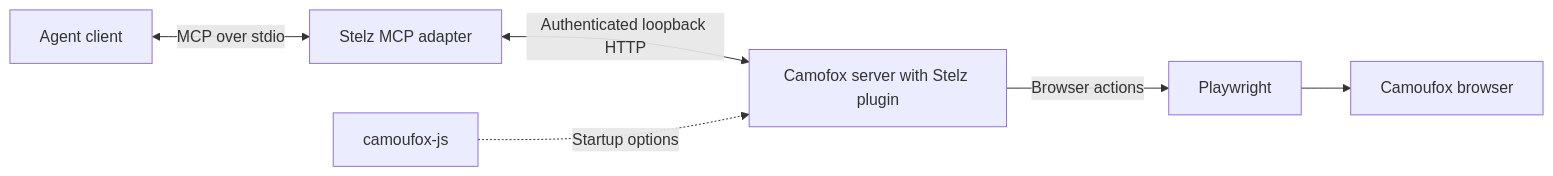
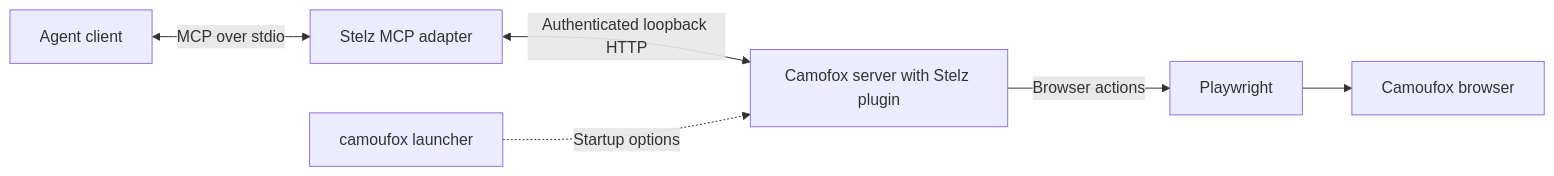
Before and after one commit to souljorje/stelz: the diagram in docs/development/architecture.md, drawn with Mermaid. The commit also changed other lines of this file and 55 other files, not shown here.

First line of the commit message:
feat: adopt the official Camoufox launcher and paired engine

````diff
--- a/docs/development/architecture.md
+++ b/docs/development/architecture.md
@@ -20,8 +20,8 @@
 ```mermaid
 flowchart LR
     Client["Agent client"] <-->|"MCP over stdio"| MCP["Stelz MCP adapter"]
     MCP <-->|"Authenticated loopback HTTP"| Server["Camofox server with Stelz plugin"]
     Server -->|"Browser actions"| Playwright
     Playwright --> Browser["Camoufox browser"]
-    Launcher["camoufox-js"] -.->|"Startup options"| Server
+    Launcher["camoufox launcher"] -.->|"Startup options"| Server
 ```
````
